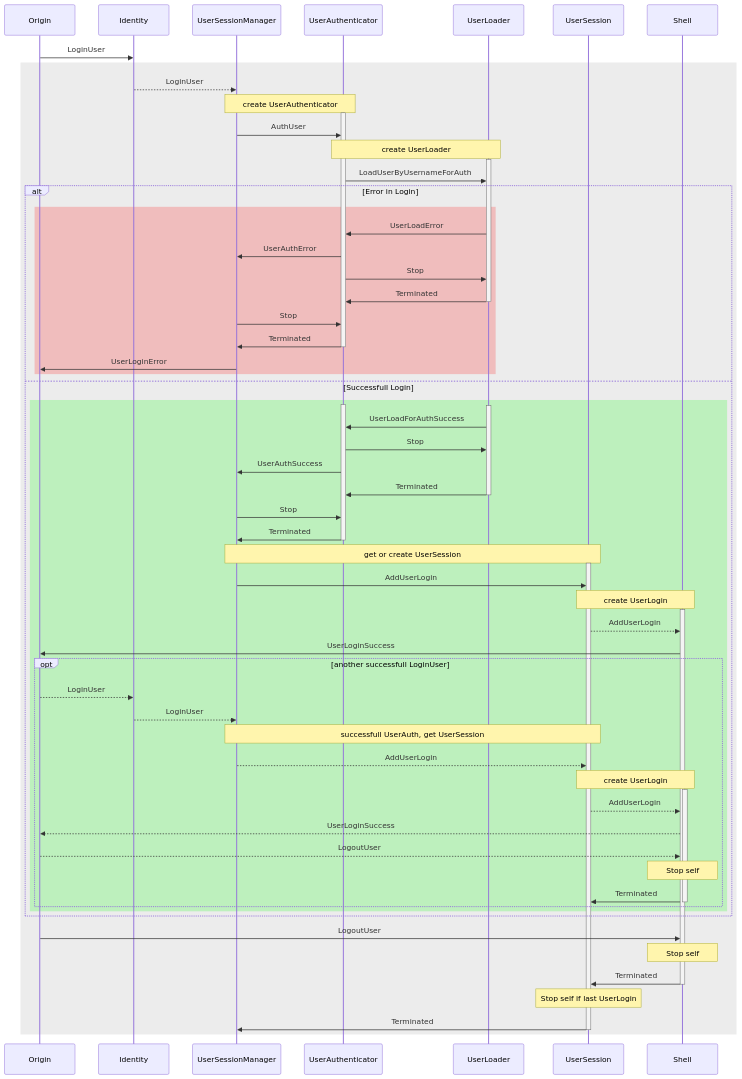
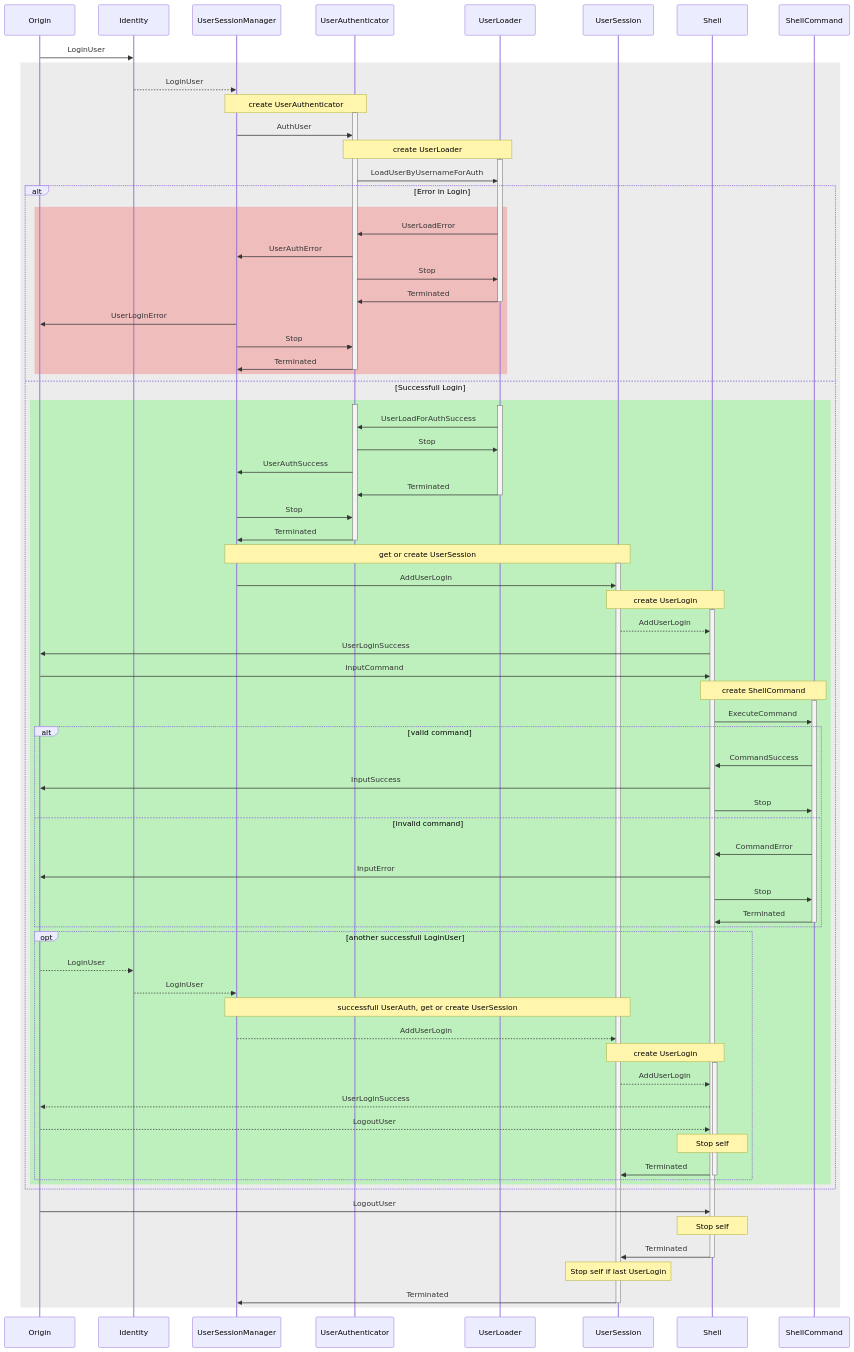
Before and after one commit to flensrocker/Actor.GameHub: the diagram in src/Actor.GameHub.Identity.Abstractions/identity-model.mmd, drawn with Mermaid. The commit also changed 16 other files, not shown here.

Commit message:
Refactored execution of Shell-Command

```diff
--- a/src/Actor.GameHub.Identity.Abstractions/identity-model.mmd
+++ b/src/Actor.GameHub.Identity.Abstractions/identity-model.mmd
@@ -1,73 +1,89 @@
 sequenceDiagram
   participant o as Origin
   participant id as Identity
   participant usm as UserSessionManager
   participant au as UserAuthenticator
   participant lo as UserLoader
   participant us as UserSession
   participant sh as Shell
+  participant sc as ShellCommand
 
   o->>id:LoginUser
   rect rgba(160, 160, 160, .2)
     id-->>usm:LoginUser
     Note over usm,au:create UserAuthenticator
     activate au
     usm->>au:AuthUser
     Note over au,lo:create UserLoader
     activate lo
     au->>lo:LoadUserByUsernameForAuth
     alt Error in Login
       rect rgba(255, 0, 0, .2)
         lo->>au:UserLoadError
         au->>usm:UserAuthError
         au->>lo:Stop
         lo->>au:Terminated
         deactivate lo
+        usm->>o:UserLoginError
         usm->>au:Stop
         au->>usm:Terminated
         deactivate au
-        usm->>o:UserLoginError
       end
     else Successfull Login
       rect rgba(0, 255, 0, .2)
         activate au
         activate lo
         lo->>au:UserLoadForAuthSuccess
         au->>lo:Stop
         au->>usm:UserAuthSuccess
         lo->>au:Terminated
         deactivate lo
         usm->>au:Stop
         au->>usm:Terminated
         deactivate au
         Note over usm,us:get or create UserSession
         activate us
         usm->>us:AddUserLogin
         Note over us,sh:create UserLogin
         activate sh
         us-->>sh:AddUserLogin
         sh->>o:UserLoginSuccess
+        o->>sh:InputCommand
+        Note over sh,sc:create ShellCommand
+        activate sc
+        sh->>sc:ExecuteCommand
+        alt valid command
+          sc->>sh:CommandSuccess
+          sh->>o:InputSuccess
+          sh->>sc:Stop
+        else invalid command
+          sc->>sh:CommandError
+          sh->>o:InputError
+          sh->>sc:Stop
+          sc->>sh:Terminated
+          deactivate sc
+        end
         opt another successfull LoginUser
           o-->>id:LoginUser
           id-->>usm:LoginUser
-          Note over usm,us:successfull UserAuth, get UserSession
+          Note over usm,us:successfull UserAuth, get or create UserSession
           usm-->>us:AddUserLogin
           Note over us,sh:create UserLogin
           activate sh
           us-->>sh:AddUserLogin
           sh-->>o:UserLoginSuccess
           o-->>sh:LogoutUser
           Note over sh:Stop self
           sh->>us:Terminated
           deactivate sh
         end
       end
     end
     o->>sh:LogoutUser
     Note over sh:Stop self
     sh->>us:Terminated
     deactivate sh
     Note over us:Stop self if last UserLogin
     us->>usm:Terminated
     deactivate us
   end
```
